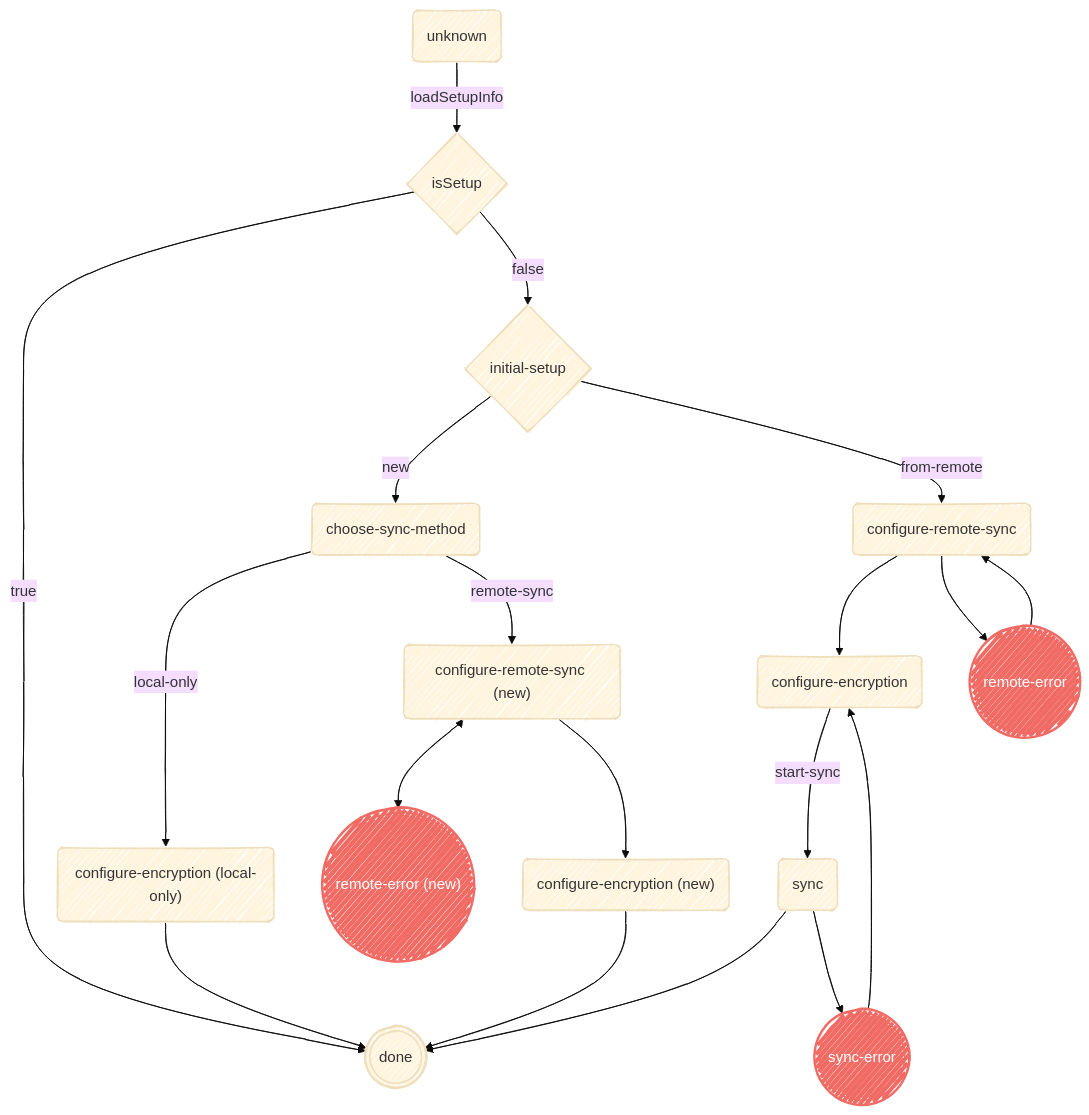
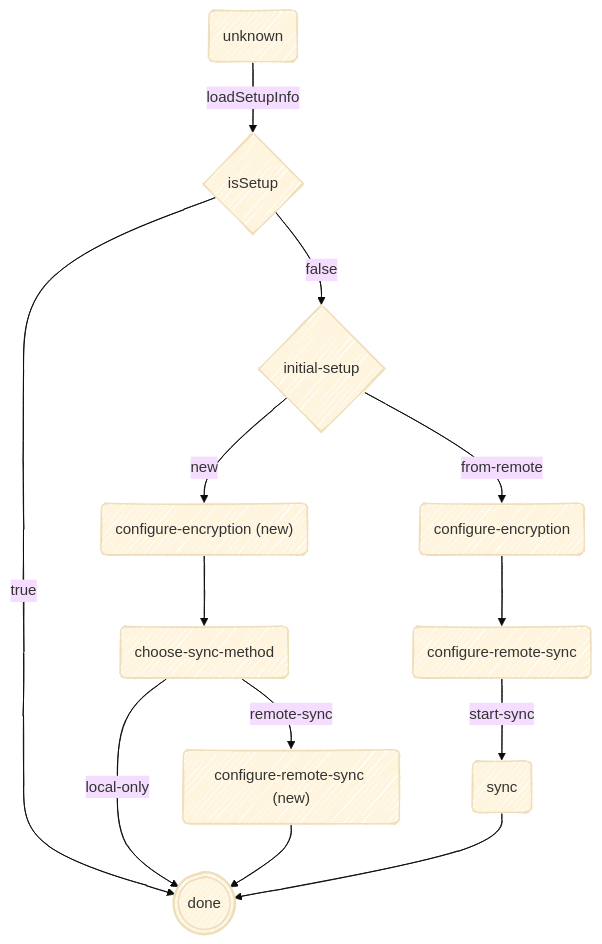
Before and after one commit to RobinThrift/conveyor: the diagram in app/src/ui/state/setup/README.md, drawn with Mermaid. The commit also changed 89 other files, not shown here.

````diff
--- a/app/src/ui/state/setup/README.md
+++ b/app/src/ui/state/setup/README.md
@@ -5,33 +5,26 @@
 ```mermaid
 ---
 config:
     theme: base
     look: handDrawn
 ---
 
 flowchart TB
     U(unknown) -- loadSetupInfo --> L{isSetup}
+
     L -- true --> D(((done)))
     L -- false --> I{initial-setup}
-    I -- new --> SM(choose-sync-method)
-    I -- from-remote --> CRS(configure-remote-sync)
-    SM -- local-only --> LOCE("configure-encryption (local-only)")
-    SM -- remote-sync --> NewCRS("configure-remote-sync (new)")
-    CRS --> CE(configure-encryption)
-    NewCRS <--> NewRErr((("remote-error (new)")))
-    NewCRS --> NewCE("configure-encryption (new)")
-    NewCE --> D
-    CRS --> RErr(((remote-error)))
-    RErr --> CRS
-    CE -- start-sync --> Sync(sync)
+
+    I -- new --> NewCE("configure-encryption (new)")
+    NewCE --> NewSM(choose-sync-method)
+    NewSM -- local-only --> D
+    NewSM -- remote-sync --> NewCRS("configure-remote-sync (new)")
+    NewCRS --> D
+
+    I -- from-remote --> FRCE(configure-encryption)
+    FRCE --> FRCRS(configure-remote-sync)
+    
+
+    FRCRS -- start-sync --> Sync(sync)
     Sync --> D
-    Sync --> SyncErr(((sync-error)))
-    SyncErr --> CE
-    LOCE --> D
-
-    RErr:::error 
-    SyncErr:::error
-    NewRErr:::error
-
-    classDef error stroke-width:4px, stroke-dasharray: 0, stroke:#f16b65, fill:#f16b65, color:#FFFFFF
 ```
````
